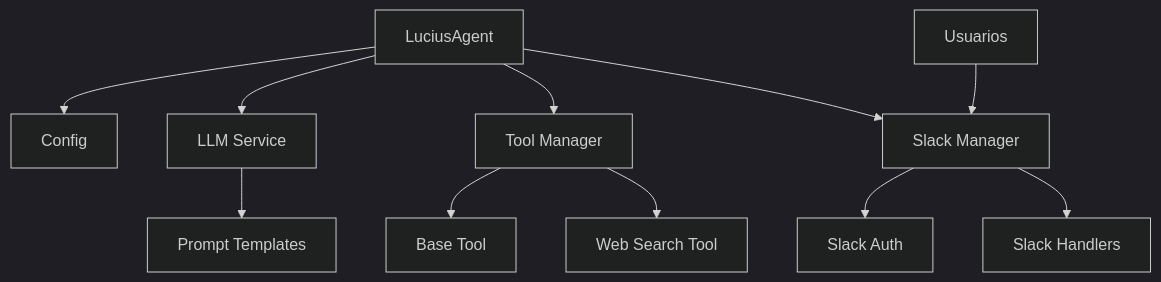
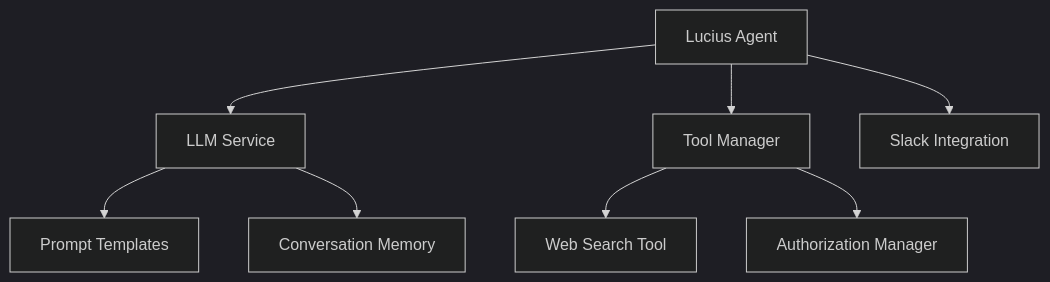
The diagram in memory-bank/systemPatterns.md (AutonomosCdM/AiLab), drawn with Mermaid (dark theme) before and after one commit. The commit also changed other lines of this file and 5 other files, not shown here.

Commit message:
Update .clinerules with latest architectural insights and project intelligence

````diff
--- a/memory-bank/systemPatterns.md
+++ b/memory-bank/systemPatterns.md
@@ -5,16 +4,12 @@
 ```mermaid
-graph TD
-    A[LuciusAgent] --> Config[Config]
-    A --> LLM[LLM Service]
-    A --> Tools[Tool Manager]
-    A --> Slack[Slack Manager]
+flowchart TD
+    Agent[Lucius Agent] --> LLM[LLM Service]
+    Agent --> ToolManager[Tool Manager]
+    Agent --> SlackIntegration[Slack Integration]
+    
+    ToolManager --> WebSearch[Web Search Tool]
+    ToolManager --> AuthorizationManager[Authorization Manager]
     
     LLM --> PromptTemplates[Prompt Templates]
-    Tools --> BaseTool[Base Tool]
-    Tools --> SearchTool[Web Search Tool]
-    
-    Slack --> SlackAuth[Slack Auth]
-    Slack --> SlackHandlers[Slack Handlers]
-    
-    User[Usuarios] --> Slack
+    LLM --> ConversationMemory[Conversation Memory]
 ```
````
